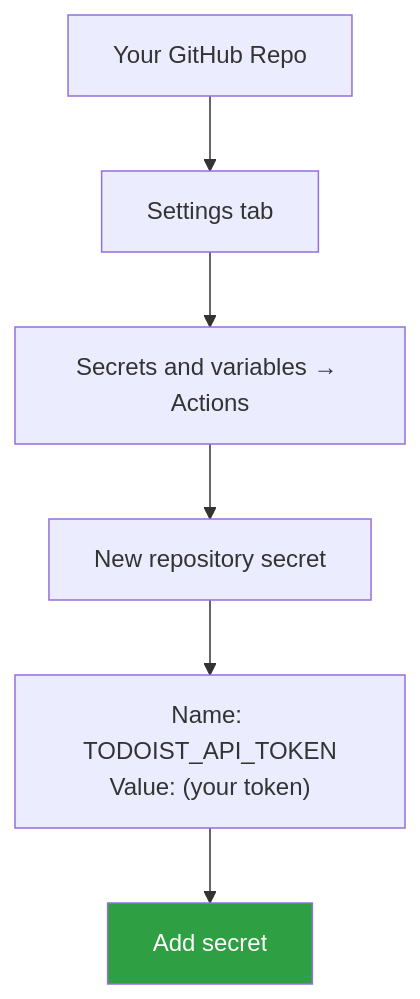
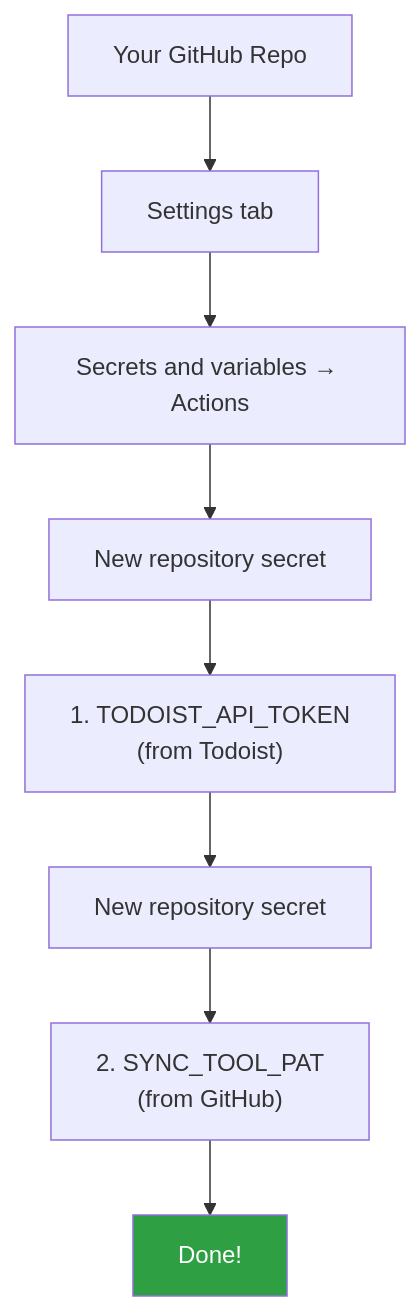
One commit to jstephens-netizen/NotePlan_Todoist_Sync changed the fifth of 8 diagrams in INSTALL_GUIDE.md. Above: the diagram before and after it, drawn with Mermaid. The commit also changed other lines of this file, not shown here.

````diff
--- a/INSTALL_GUIDE.md
+++ b/INSTALL_GUIDE.md
@@ -102,10 +129,12 @@
 ```mermaid
 flowchart TD
     A["Your GitHub Repo"] --> B["Settings tab"]
     B --> C["Secrets and variables → Actions"]
     C --> D["New repository secret"]
-    D --> E["Name: TODOIST_API_TOKEN\nValue: (your token)"]
-    E --> F["Add secret"]
+    D --> E["1. TODOIST_API_TOKEN\n(from Todoist)"]
+    E --> F["New repository secret"]
+    F --> G["2. SYNC_TOOL_PAT\n(from GitHub)"]
+    G --> H["Done!"]
 
-    style F fill:#2EA043,color:#fff
+    style H fill:#2EA043,color:#fff
 ```
````
